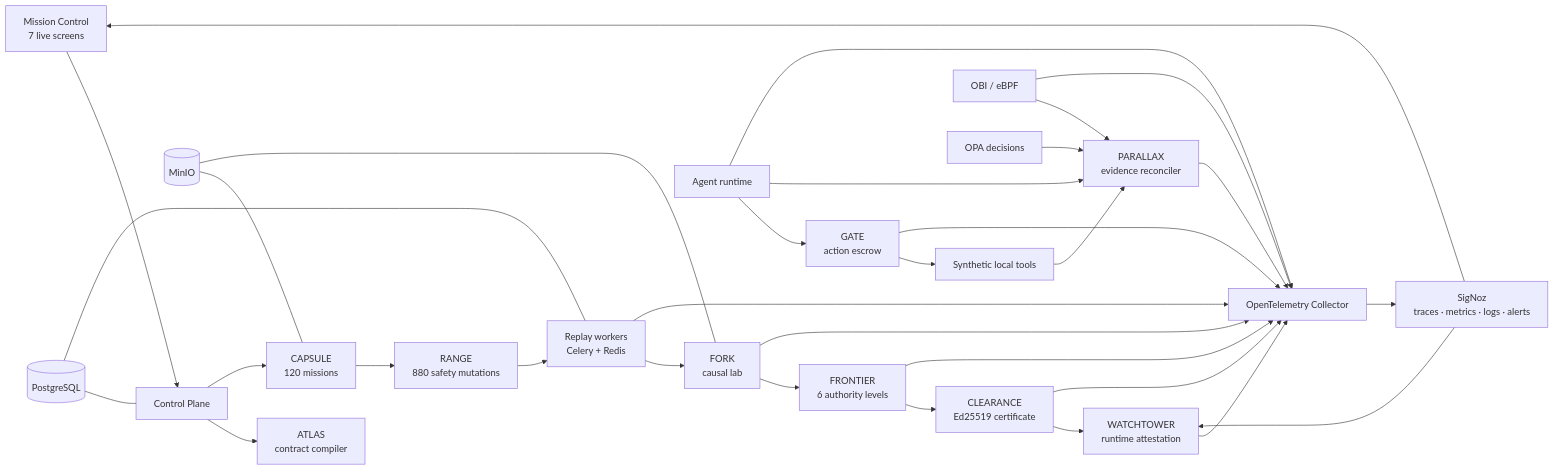
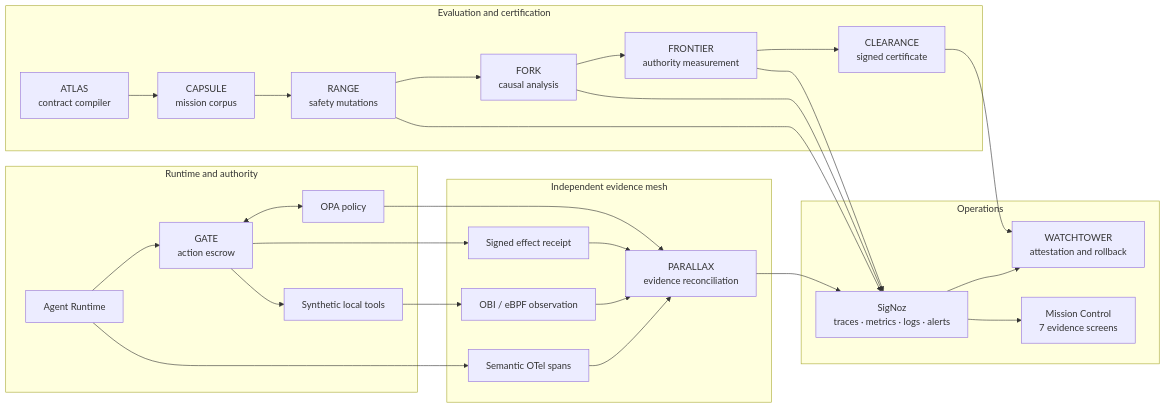
The diagram in README.md (shobhit1kapoor/Orbital), drawn with Mermaid before and after one commit. The commit also changed other lines of this file and 6 other files, not shown here.

````diff
--- a/README.md
+++ b/README.md
@@ -28,30 +31,49 @@
 ```mermaid
 flowchart LR
-    MC["Mission Control<br/>7 live screens"] --> CP["Control Plane"]
-    CP --> A["ATLAS<br/>contract compiler"]
-    CP --> C["CAPSULE<br/>120 missions"]
-    C --> R["RANGE<br/>880 safety mutations"]
-    R --> RP["Replay workers<br/>Celery + Redis"]
-    RP --> F["FORK<br/>causal lab"]
-    F --> FR["FRONTIER<br/>6 authority levels"]
-    FR --> CL["CLEARANCE<br/>Ed25519 certificate"]
-    CL --> W["WATCHTOWER<br/>runtime attestation"]
+    subgraph RUNTIME["Runtime and authority"]
+        AR["Agent Runtime"]
+        G["GATE<br/>action escrow"]
+        TOOLS["Synthetic local tools"]
+        OPA["OPA policy"]
+        AR --> G --> TOOLS
+        G <--> OPA
+    end
 
-    AR["Agent runtime"] --> G["GATE<br/>action escrow"]
-    G --> T["Synthetic local tools"]
-    AR --> P["PARALLAX<br/>evidence reconciler"]
-    T --> P
-    OBI["OBI / eBPF"] --> P
-    OPA["OPA decisions"] --> P
+    subgraph EVIDENCE["Independent evidence mesh"]
+        SDK["Semantic OTel spans"]
+        OBI["OBI / eBPF observation"]
+        RECEIPT["Signed effect receipt"]
+        PARALLAX["PARALLAX<br/>evidence reconciliation"]
+        SDK --> PARALLAX
+        OBI --> PARALLAX
+        RECEIPT --> PARALLAX
+        OPA --> PARALLAX
+    end
 
-    AR & G & P & RP & F & FR & CL & W --> OTEL["OpenTelemetry Collector"]
-    OBI --> OTEL
-    OTEL --> SZ["SigNoz<br/>traces · metrics · logs · alerts"]
-    SZ --> MC
-    SZ --> W
+    subgraph ASSURANCE["Evaluation and certification"]
+        ATLAS["ATLAS<br/>contract compiler"]
+        CAPSULE["CAPSULE<br/>mission corpus"]
+        RANGE["RANGE<br/>safety mutations"]
+        FORK["FORK<br/>causal analysis"]
+        FRONTIER["FRONTIER<br/>authority measurement"]
+        CLEARANCE["CLEARANCE<br/>signed certificate"]
+        ATLAS --> CAPSULE --> RANGE --> FORK --> FRONTIER --> CLEARANCE
+    end
 
-    PG[("PostgreSQL")] --- CP
-    PG --- RP
-    M[("MinIO")] --- C
-    M --- F
+    subgraph OPERATIONS["Operations"]
+        SIGNOZ["SigNoz<br/>traces · metrics · logs · alerts"]
+        WATCH["WATCHTOWER<br/>attestation and rollback"]
+        MC["Mission Control<br/>7 evidence screens"]
+        SIGNOZ --> WATCH
+        SIGNOZ --> MC
+    end
+
+    TOOLS --> OBI
+    AR --> SDK
+    G --> RECEIPT
+    PARALLAX --> SIGNOZ
+    RANGE --> SIGNOZ
+    FORK --> SIGNOZ
+    FRONTIER --> SIGNOZ
+    CLEARANCE --> WATCH
 ```
````
